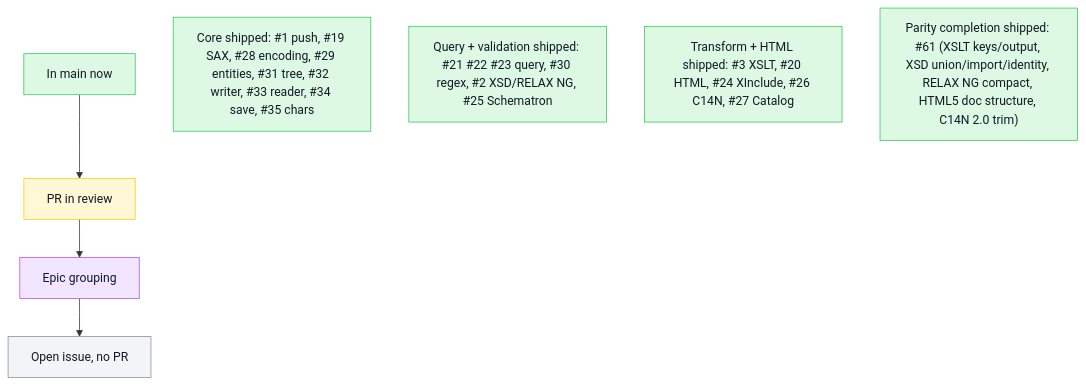
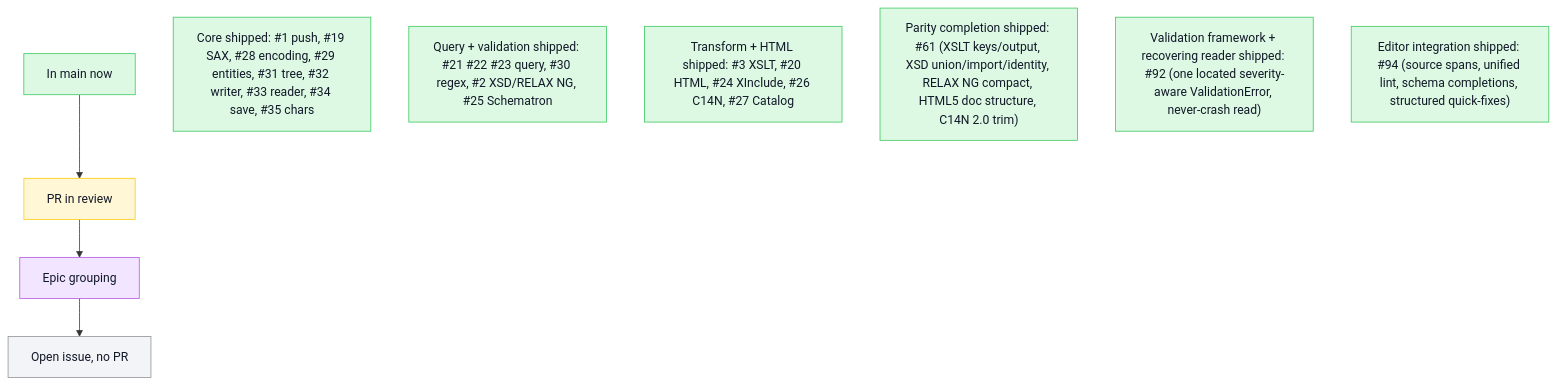
Before and after one commit to mihaelamj/PureXML: the first of 2 diagrams in README.md, drawn with Mermaid. The commit also changed other lines of this file, not shown here.

First line of the commit message:
docs(roadmap): collapse #92 and #94 to shipped, #71 the open epic

````diff
--- a/README.md
+++ b/README.md
@@ -30,18 +30,20 @@
 ```mermaid
 flowchart TB
   classDef done fill:#ddf9e4,stroke:#34c759,color:#111827
   classDef review fill:#fff7d6,stroke:#ffcc00,color:#111827
   classDef epic fill:#f2e5ff,stroke:#af52de,color:#111827
   classDef todo fill:#f2f4f7,stroke:#8e8e93,color:#111827
   LDone["In main now"]:::done
   LReview["PR in review"]:::review
   LEpic["Epic grouping"]:::epic
   LTodo["Open issue, no PR"]:::todo
   Core["Core shipped: #1 push, #19 SAX, #28 encoding, #29 entities, #31 tree, #32 writer, #33 reader, #34 save, #35 chars"]:::done
   Query["Query + validation shipped: #21 #22 #23 query, #30 regex, #2 XSD/RELAX NG, #25 Schematron"]:::done
   Transform["Transform + HTML shipped: #3 XSLT, #20 HTML, #24 XInclude, #26 C14N, #27 Catalog"]:::done
   Parity["Parity completion shipped: #61 (XSLT keys/output, XSD union/import/identity, RELAX NG compact, HTML5 doc structure, C14N 2.0 trim)"]:::done
+  Validator["Validation framework + recovering reader shipped: #92 (one located severity-aware ValidationError, never-crash read)"]:::done
+  Editor["Editor integration shipped: #94 (source spans, unified lint, schema completions, structured quick-fixes)"]:::done
   LDone --> LReview
   LReview --> LEpic
   LEpic --> LTodo
 ```
````
